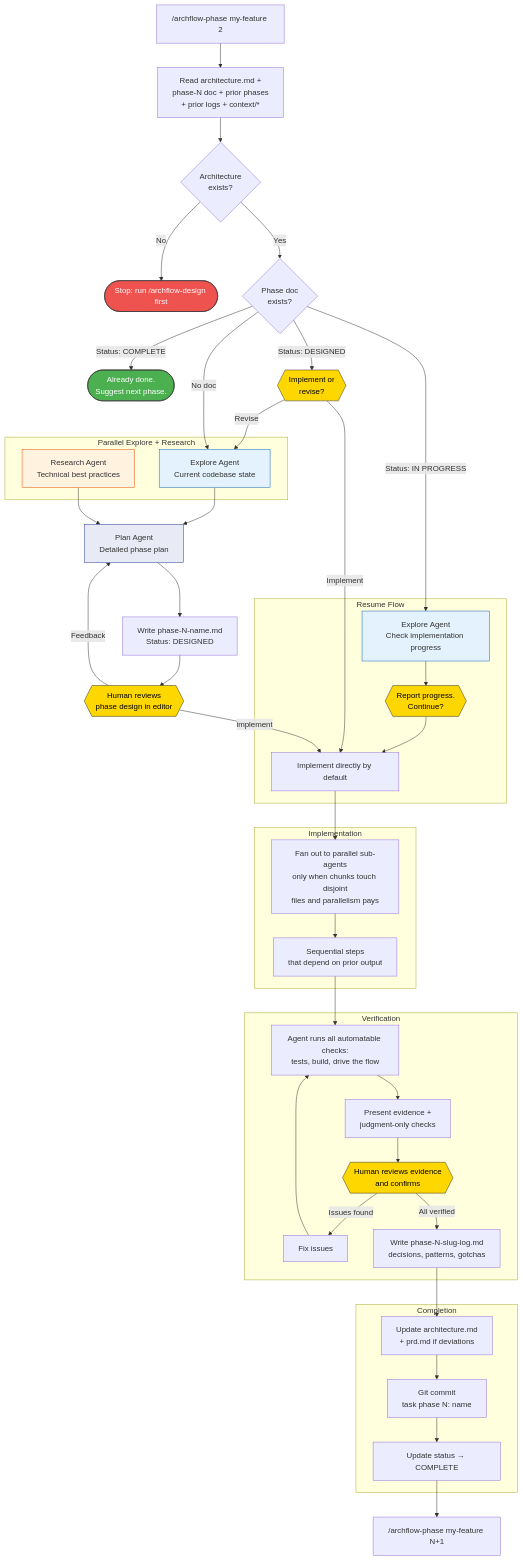
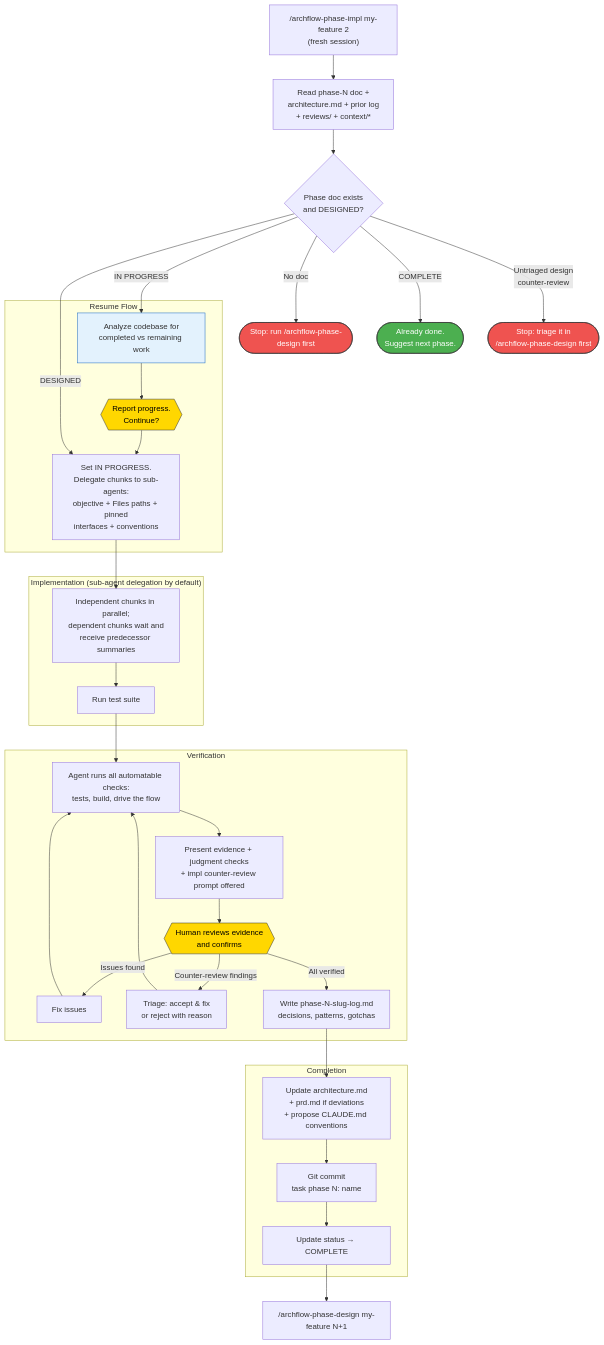
One commit to Aroton/ArchflowV2 changed the eighth of 13 diagrams in docs/archflow-process.md. Above: the diagram before and after it, drawn with Mermaid. The commit also changed other lines of this file and 9 other files, not shown here.

First line of the commit message:
Split phase into design/impl skills, add review loops and counter-review prompts

````diff
--- a/docs/archflow-process.md
+++ b/docs/archflow-process.md
@@ -238,68 +317,46 @@
 ```mermaid
 flowchart TD
-    PH0["/archflow-phase my-feature 2"] --> PH_read[Read architecture.md +<br/>phase-N doc + prior phases<br/>+ prior logs + context/*]
-    PH_read --> PH_check{Architecture<br/>exists?}
-    PH_check -->|No| PH_stop([Stop: run /archflow-design first])
-    PH_check -->|Yes| PH1{Phase doc<br/>exists?}
-
-    PH1 -->|"Status: COMPLETE"| PH_done([Already done.<br/>Suggest next phase.])
-    PH1 -->|"Status: IN PROGRESS"| PH_resume
+    PI0["/archflow-phase-impl my-feature 2<br/>(fresh session)"] --> PI_read[Read phase-N doc +<br/>architecture.md + prior log<br/>+ reviews/ + context/*]
+    PI_read --> PI_check{Phase doc exists<br/>and DESIGNED?}
+    PI_check -->|No doc| PI_stop([Stop: run /archflow-phase-design first])
+    PI_check -->|"COMPLETE"| PI_done([Already done.<br/>Suggest next phase.])
+    PI_check -->|"Untriaged design<br/>counter-review"| PI_stop2([Stop: triage it in<br/>/archflow-phase-design first])
+    PI_check -->|"IN PROGRESS"| PI_resume
 
     subgraph "Resume Flow"
-        PH_resume[Explore Agent<br/>Check implementation progress] --> PH_report{{Report progress.<br/>Continue?}}
-        PH_report --> PH_impl
+        PI_resume[Analyze codebase for<br/>completed vs remaining work] --> PI_report{{Report progress.<br/>Continue?}}
+        PI_report --> PI_impl
     end
 
-    PH1 -->|"Status: DESIGNED"| PH_ask{{Implement or<br/>revise?}}
-    PH_ask -->|Revise| PH2
-    PH_ask -->|Implement| PH_impl
+    PI_check -->|"DESIGNED"| PI_impl
 
-    PH1 -->|No doc| PH2
-
-    subgraph "Parallel Explore + Research"
-        PH2[Explore Agent<br/>Current codebase state]
-        PH3[Research Agent<br/>Technical best practices]
+    subgraph "Implementation (sub-agent delegation by default)"
+        PI_impl[Set IN PROGRESS.<br/>Delegate chunks to sub-agents:<br/>objective + Files paths + pinned<br/>interfaces + conventions] --> PI_parallel[Independent chunks in parallel;<br/>dependent chunks wait and<br/>receive predecessor summaries]
+        PI_parallel --> PI_tests[Run test suite]
     end
 
-    PH2 --> PH4
-    PH3 --> PH4
-
-    PH4[Plan Agent<br/>Detailed phase plan] --> PH5[Write phase-N-name.md<br/>Status: DESIGNED]
-
-    PH5 --> PH6{{Human reviews<br/>phase design in editor}}
-    PH6 -->|Feedback| PH4
-    PH6 -->|"implement"| PH_impl
-
-    subgraph "Implementation"
-        PH_impl[Implement directly by default] --> PH_parallel[Fan out to parallel sub-agents<br/>only when chunks touch disjoint<br/>files and parallelism pays]
-        PH_parallel --> PH_sequential[Sequential steps<br/>that depend on prior output]
-    end
-
-    PH_sequential --> PH_verify
+    PI_tests --> PI_verify
 
     subgraph "Verification"
-        PH_verify[Agent runs all automatable checks:<br/>tests, build, drive the flow] --> PH_evidence[Present evidence +<br/>judgment-only checks]
-        PH_evidence --> PH_human_test{{Human reviews evidence<br/>and confirms}}
-        PH_human_test -->|Issues found| PH_fix[Fix issues] --> PH_verify
-        PH_human_test -->|All verified| PH_log
+        PI_verify[Agent runs all automatable checks:<br/>tests, build, drive the flow] --> PI_evidence[Present evidence + judgment checks<br/>+ impl counter-review prompt offered]
+        PI_evidence --> PI_human{{Human reviews evidence<br/>and confirms}}
+        PI_human -->|Issues found| PI_fix[Fix issues] --> PI_verify
+        PI_human -->|Counter-review findings| PI_triage[Triage: accept & fix<br/>or reject with reason] --> PI_verify
+        PI_human -->|All verified| PI_log
     end
 
     subgraph "Completion"
-        PH_log[Write phase-N-slug-log.md<br/>decisions, patterns, gotchas] --> PH_parent[Update architecture.md<br/>+ prd.md if deviations]
-        PH_parent --> PH_commit[Git commit<br/>task phase N: name]
-        PH_commit --> PH_update[Update status → COMPLETE]
+        PI_log[Write phase-N-slug-log.md<br/>decisions, patterns, gotchas] --> PI_parent[Update architecture.md<br/>+ prd.md if deviations<br/>+ propose CLAUDE.md conventions]
+        PI_parent --> PI_commit[Git commit<br/>task phase N: name]
+        PI_commit --> PI_update[Update status → COMPLETE]
     end
 
-    PH_update --> PH_next["/archflow-phase my-feature N+1"]
+    PI_update --> PI_next["/archflow-phase-design my-feature N+1"]
 
-    style PH2 fill:#e3f2fd,stroke:#1565c0
-    style PH3 fill:#fff3e0,stroke:#e65100
-    style PH4 fill:#e8eaf6,stroke:#283593
-    style PH_resume fill:#e3f2fd,stroke:#1565c0
-    style PH6 fill:#ffd700,stroke:#333,color:#000
-    style PH_ask fill:#ffd700,stroke:#333,color:#000
-    style PH_report fill:#ffd700,stroke:#333,color:#000
-    style PH_human_test fill:#ffd700,stroke:#333,color:#000
-    style PH_stop fill:#ef5350,stroke:#333,color:#fff
-    style PH_done fill:#4CAF50,stroke:#333,color:#fff
+    style PI_resume fill:#e3f2fd,stroke:#1565c0
+    style PI_report fill:#ffd700,stroke:#333,color:#000
+    style PI_human fill:#ffd700,stroke:#333,color:#000
+    style PI_stop fill:#ef5350,stroke:#333,color:#fff
+    style PI_stop2 fill:#ef5350,stroke:#333,color:#fff
+    style PI_done fill:#4CAF50,stroke:#333,color:#fff
 ```
````
